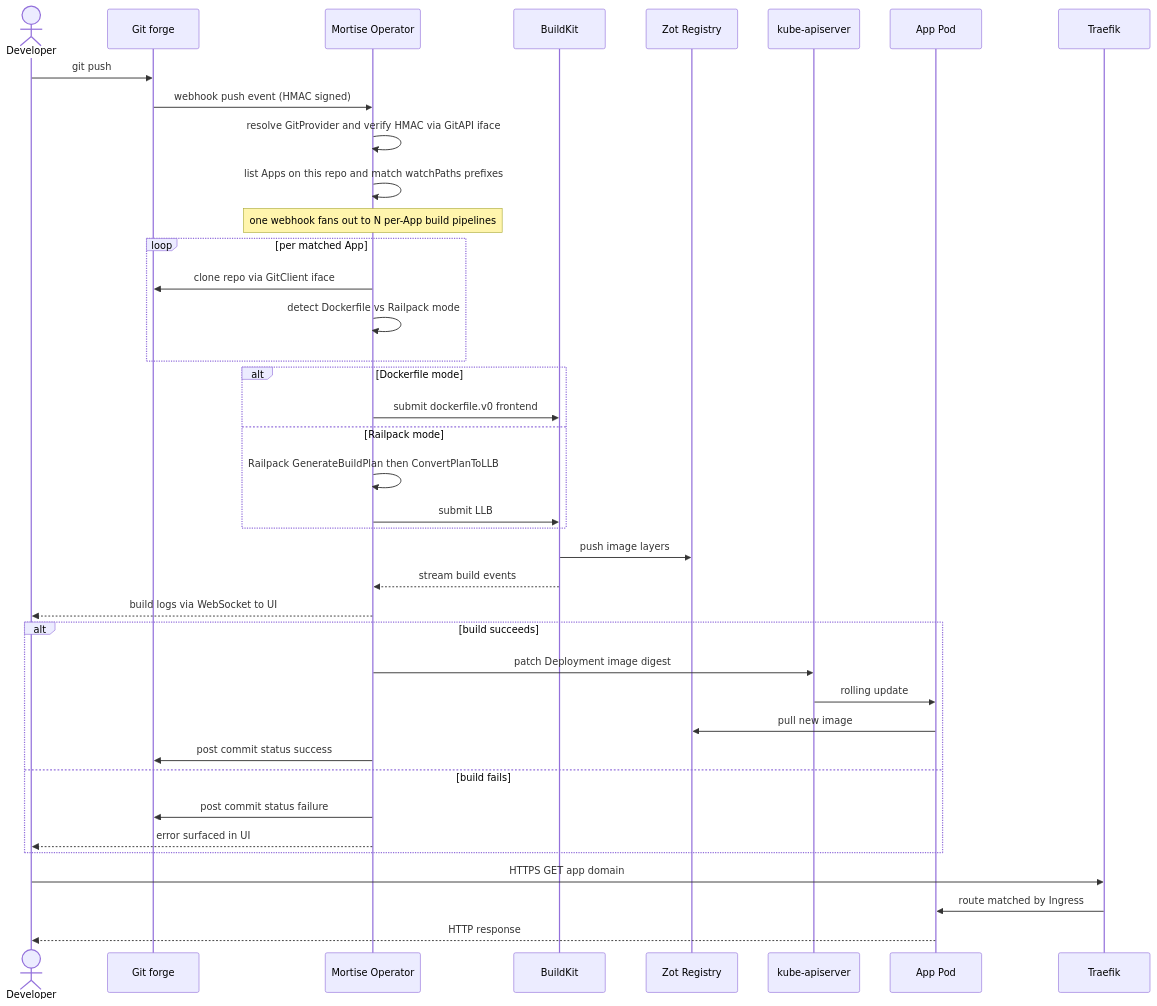
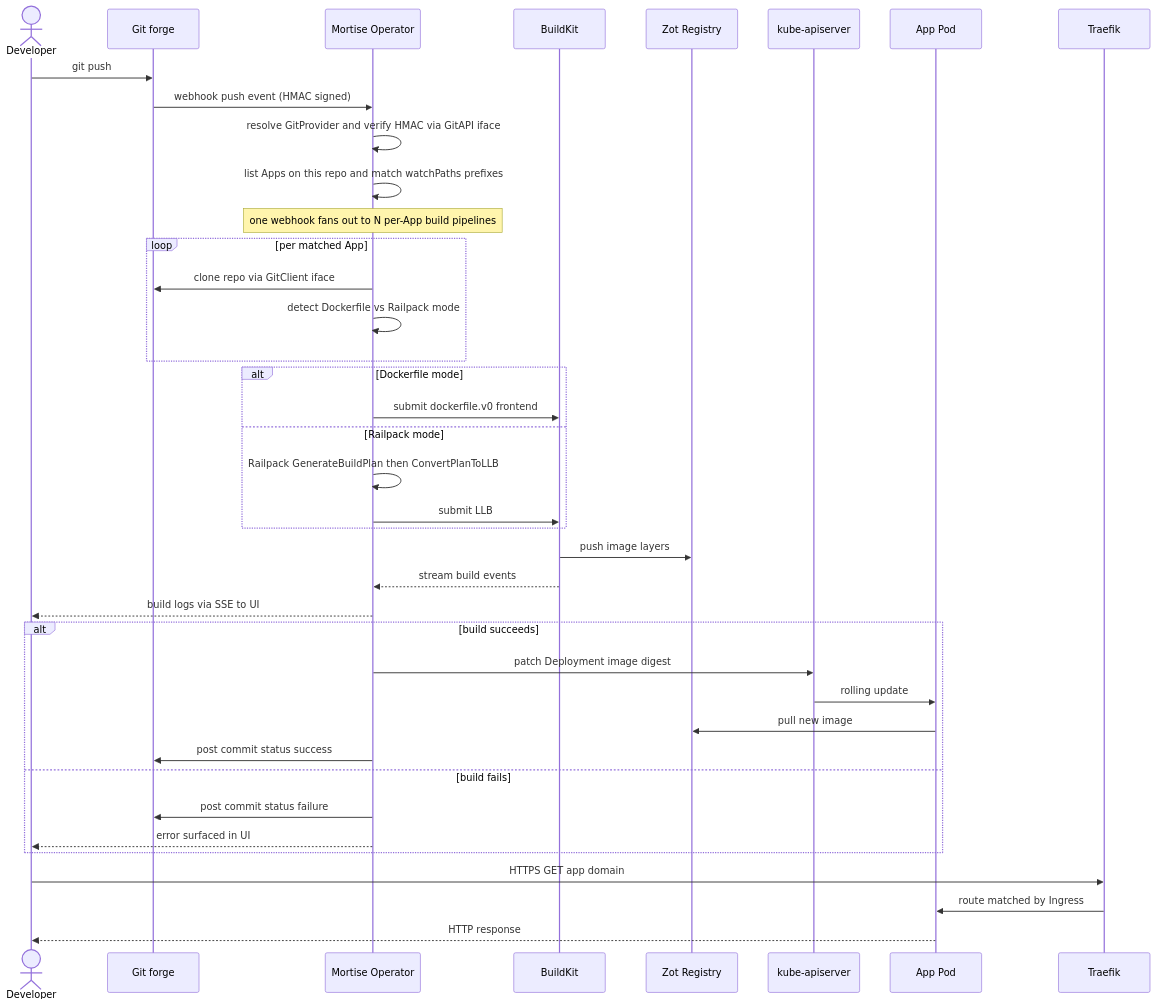
One commit to mortise-org/mortise changed the second of 5 diagrams in ARCHITECTURE.md. Above: the diagram before and after it, drawn with Mermaid. The commit also changed other lines of this file and 1 other file, not shown here.

````diff
--- a/ARCHITECTURE.md
+++ b/ARCHITECTURE.md
@@ -130,47 +132,47 @@
 ```mermaid
 sequenceDiagram
     actor Dev as Developer
     participant Git as Git forge
     participant Op as Mortise Operator
     participant BK as BuildKit
     participant Reg as Zot Registry
     participant K8s as kube-apiserver
     participant Pod as App Pod
     participant TF as Traefik
 
     Dev->>Git: git push
     Git->>Op: webhook push event (HMAC signed)
     Op->>Op: resolve GitProvider and verify HMAC via GitAPI iface
     Op->>Op: list Apps on this repo and match watchPaths prefixes
     Note over Op: one webhook fans out to N per-App build pipelines
 
     loop per matched App
         Op->>Git: clone repo via GitClient iface
         Op->>Op: detect Dockerfile vs Railpack mode
     end
 
     alt Dockerfile mode
         Op->>BK: submit dockerfile.v0 frontend
     else Railpack mode
         Op->>Op: Railpack GenerateBuildPlan then ConvertPlanToLLB
         Op->>BK: submit LLB
     end
 
     BK->>Reg: push image layers
     BK-->>Op: stream build events
-    Op-->>Dev: build logs via WebSocket to UI
+    Op-->>Dev: build logs via SSE to UI
 
     alt build succeeds
         Op->>K8s: patch Deployment image digest
         K8s->>Pod: rolling update
         Pod->>Reg: pull new image
         Op->>Git: post commit status success
     else build fails
         Op->>Git: post commit status failure
         Op-->>Dev: error surfaced in UI
     end
 
     Dev->>TF: HTTPS GET app domain
     TF->>Pod: route matched by Ingress
     Pod-->>Dev: HTTP response
 ```
````
